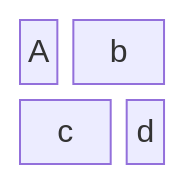
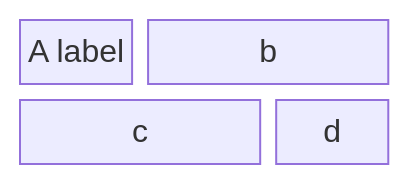
Before and after one commit to teachingai/full-stack-skills: the third of 27 diagrams in skills/mermaid/examples/block.md, drawn with Mermaid. The commit also changed other lines of this file and 21 other files, not shown here.

First line of the commit message:
docs(mermaid): 更新架构、块、C4和类图示例文档

````diff
--- a/skills/mermaid/examples/block.md
+++ b/skills/mermaid/examples/block.md
@@ -36,4 +45,5 @@
 ```mermaid
-block-beta columns 3
-    A:1 b:2 c:2 d:1
+block
+  columns 3
+  a["A label"] b:2 c:2 d
 ```
````
